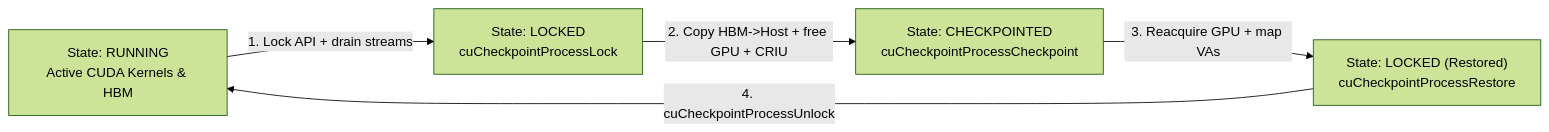
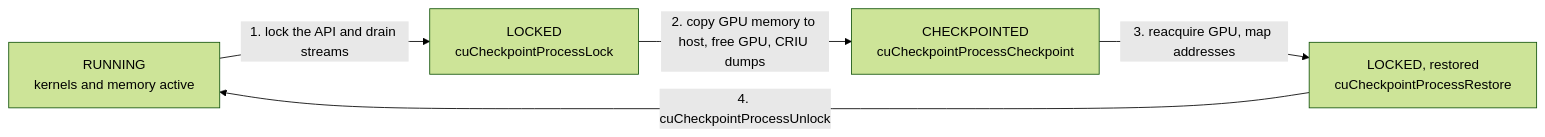
One commit to jithinpnjm/ai-infra-handbook changed the third of 3 diagrams in docs/part-13-ai-storage/07-checkpoint-architecture-and-recovery.md. Above: the diagram before and after it, drawn with Mermaid (forest theme). The commit also changed other lines of this file and 8 other files, not shown here.

````diff
--- a/docs/part-13-ai-storage/07-checkpoint-architecture-and-recovery.md
+++ b/docs/part-13-ai-storage/07-checkpoint-architecture-and-recovery.md
@@ -374,12 +212,12 @@
 ```mermaid
 flowchart LR
-    Run["State: RUNNING<br/>Active CUDA Kernels & HBM"]
-    Lock1["State: LOCKED<br/>cuCheckpointProcessLock"]
-    Ckpt["State: CHECKPOINTED<br/>cuCheckpointProcessCheckpoint"]
-    Lock2["State: LOCKED (Restored)<br/>cuCheckpointProcessRestore"]
+    Run["RUNNING<br/>kernels and memory active"]
+    Lock1["LOCKED<br/>cuCheckpointProcessLock"]
+    Ckpt["CHECKPOINTED<br/>cuCheckpointProcessCheckpoint"]
+    Lock2["LOCKED, restored<br/>cuCheckpointProcessRestore"]
 
-    Run -->|"1. Lock API + drain streams"| Lock1
-    Lock1 -->|"2. Copy HBM->Host + free GPU + CRIU"| Ckpt
-    Ckpt -->|"3. Reacquire GPU + map VAs"| Lock2
+    Run -->|"1. lock the API and drain streams"| Lock1
+    Lock1 -->|"2. copy GPU memory to host, free GPU, CRIU dumps"| Ckpt
+    Ckpt -->|"3. reacquire GPU, map addresses"| Lock2
     Lock2 -->|"4. cuCheckpointProcessUnlock"| Run
 ```
````
